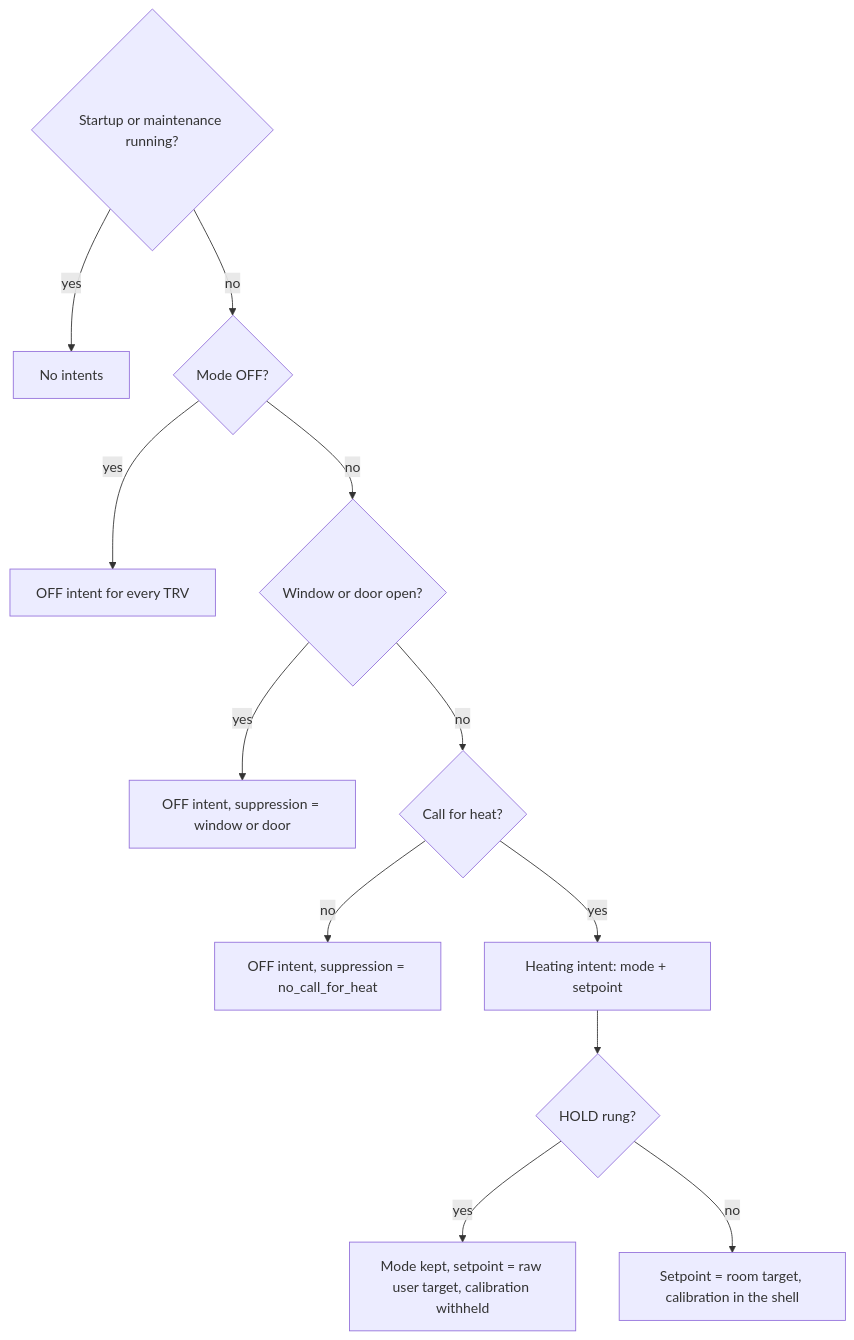
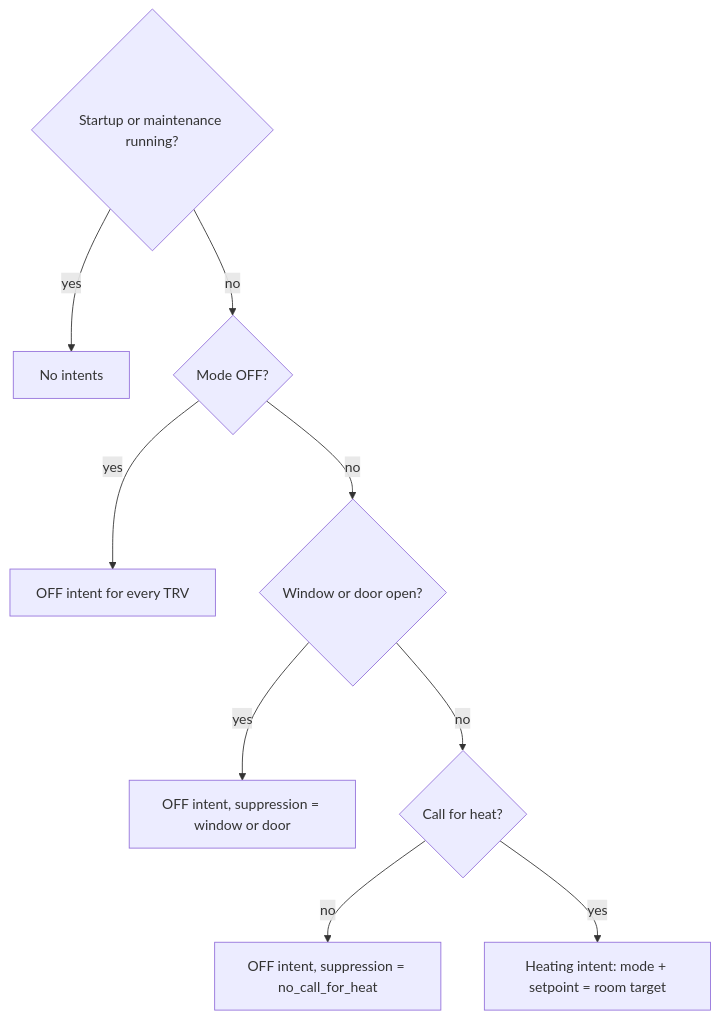
Before and after one commit to KartoffelToby/better_thermostat: the second of 2 diagrams in docs/internals/architecture.md, drawn with Mermaid. The commit also changed other lines of this file and 7 other files, not shown here.

````diff
--- a/docs/internals/architecture.md
+++ b/docs/internals/architecture.md
@@ -80,14 +86,11 @@
 ```mermaid
 flowchart TD
     A{Startup or maintenance running?} -->|yes| A1[No intents]
     A -->|no| B{Mode OFF?}
     B -->|yes| B1[OFF intent for every TRV]
     B -->|no| C{Window or door open?}
     C -->|yes| C1[OFF intent, suppression = window or door]
     C -->|no| D{Call for heat?}
     D -->|no| D1[OFF intent, suppression = no_call_for_heat]
-    D -->|yes| E[Heating intent: mode + setpoint]
-    E --> F{HOLD rung?}
-    F -->|yes| F1[Mode kept, setpoint = raw user target, calibration withheld]
-    F -->|no| F2[Setpoint = room target, calibration in the shell]
+    D -->|yes| E[Heating intent: mode + setpoint = room target]
 ```
````
